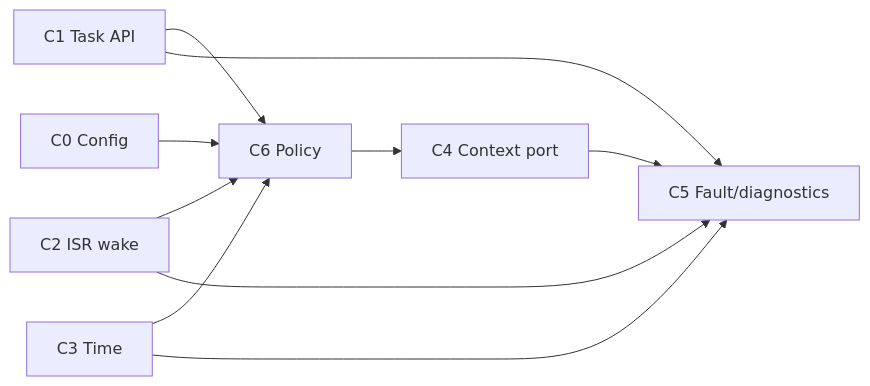
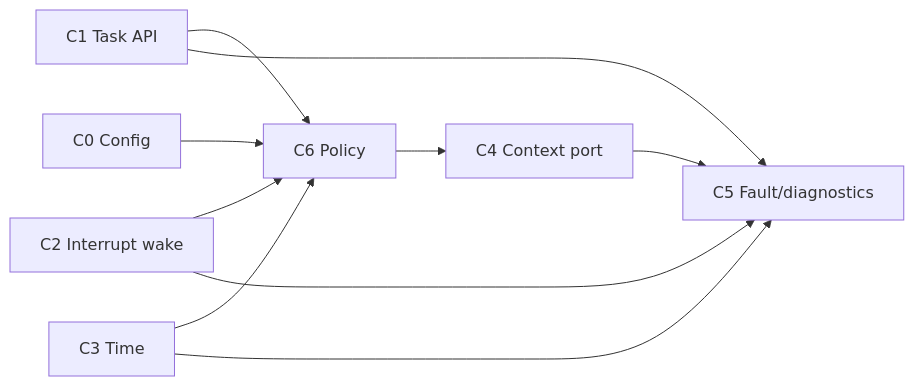
One commit to tumblewhead/arghtos changed the diagram in architecture/contracts/index.md. Above: the diagram before and after it, drawn with Mermaid. The commit also changed other lines of this file, not shown here.

Commit message:
Update architecture contract index

````diff
--- a/architecture/contracts/index.md
+++ b/architecture/contracts/index.md
@@ -11,12 +11,12 @@
 ```mermaid
 flowchart LR
   C0["C0 Config"] --> C6["C6 Policy"]
   C1["C1 Task API"] --> C6
-  C2["C2 ISR wake"] --> C6
+  C2["C2 Interrupt wake"] --> C6
   C3["C3 Time"] --> C6
   C6 --> C4["C4 Context port"]
   C1 --> C5["C5 Fault/diagnostics"]
   C2 --> C5
   C3 --> C5
   C4 --> C5
 ```
````
